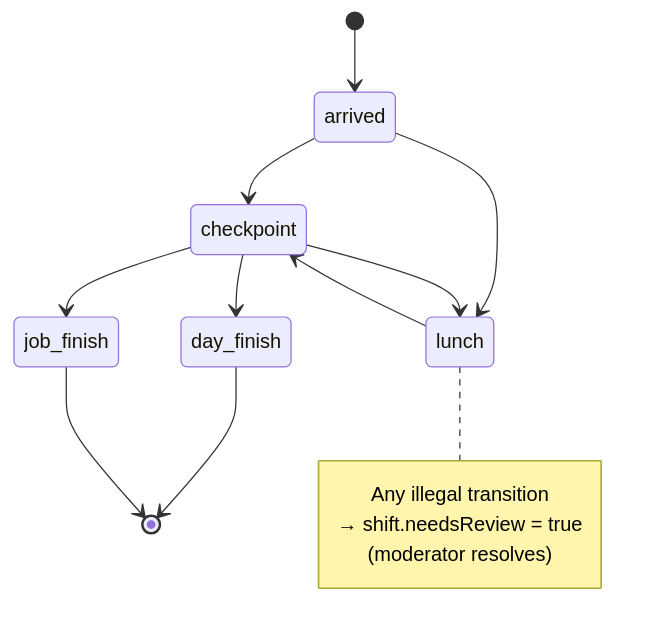
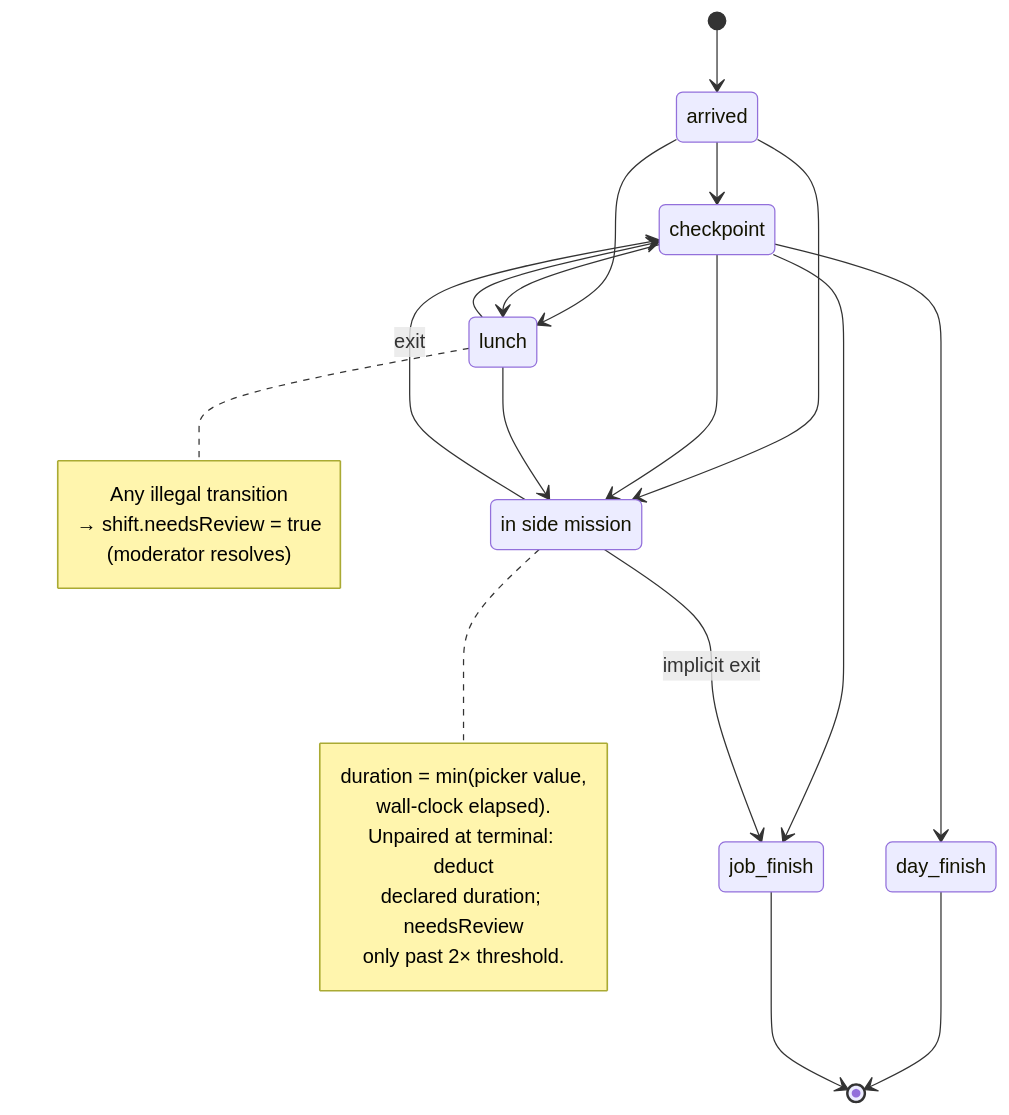
Before and after one commit to TeacherEvan/J-pay: the fifth of 5 diagrams in j-pay.md, drawn with Mermaid. The commit also changed other lines of this file and 1 other file, not shown here.

Commit message:
docs(j-pay): resolve B2 — complete shift state machine (rules 6-9)

````diff
--- a/j-pay.md
+++ b/j-pay.md
@@ -407,17 +411,30 @@
 ```mermaid
 stateDiagram-v2
     [*] --> arrived
     arrived --> checkpoint
     arrived --> lunch
     checkpoint --> lunch
     lunch --> checkpoint
     checkpoint --> day_finish
     checkpoint --> job_finish
     day_finish --> [*]
     job_finish --> [*]
+    state "in side mission" as side_mission
+    arrived --> side_mission
+    checkpoint --> side_mission
+    lunch --> side_mission
+    side_mission --> checkpoint : exit
+    side_mission --> job_finish : implicit exit
+    note right of side_mission
+        duration = min(picker value,
+        wall-clock elapsed).
+        Unpaired at terminal: deduct
+        declared duration; needsReview
+        only past 2× threshold.
+    end note
     note right of lunch
         Any illegal transition
         → shift.needsReview = true
         (moderator resolves)
     end note
 ```
````
